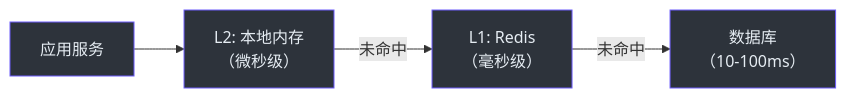
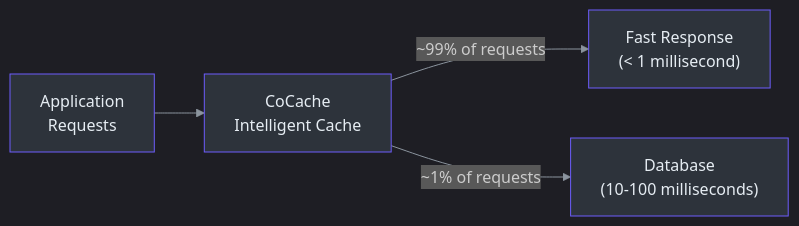
The first of 4 diagrams in wiki/zh/onboarding/executive.md (Ahoo-Wang/CoCache), drawn with Mermaid before and after one commit. The commit also changed other lines of this file and 3 other files, not shown here.

````diff
--- a/wiki/zh/onboarding/executive.md
+++ b/wiki/zh/onboarding/executive.md
@@ -32,11 +28,12 @@
 ```mermaid
+%%{init: {'theme': 'dark', 'themeVariables': {'primaryColor': '#2d333b', 'primaryBorderColor': '#6d5dfc', 'primaryTextColor': '#e6edf3', 'lineColor': '#8b949e', 'subgraphBgColor': '#161b22'}}}%%
 graph LR
-    App["应用服务"] --> L2["L2: 本地内存<br>（微秒级）"]
-    L2 -->|未命中| L1["L1: Redis<br>（毫秒级）"]
-    L1 -->|未命中| DB["数据库<br>（10-100ms）"]
+    APP["Application<br>Requests"] --> CACHE["CoCache<br>Intelligent Cache"]
+    CACHE -->|"~99% of requests"| FAST["Fast Response<br>(< 1 millisecond)"]
+    CACHE -->|"~1% of requests"| DB["Database<br>(10-100 milliseconds)"]
 
-    style App fill:#2d333b,stroke:#6d5dfc,color:#e6edf3
-    style L2 fill:#2d333b,stroke:#6d5dfc,color:#e6edf3
-    style L1 fill:#2d333b,stroke:#6d5dfc,color:#e6edf3
+    style APP fill:#2d333b,stroke:#6d5dfc,color:#e6edf3
+    style CACHE fill:#2d333b,stroke:#6d5dfc,color:#e6edf3
+    style FAST fill:#2d333b,stroke:#6d5dfc,color:#e6edf3
     style DB fill:#2d333b,stroke:#6d5dfc,color:#e6edf3
 ```
````
